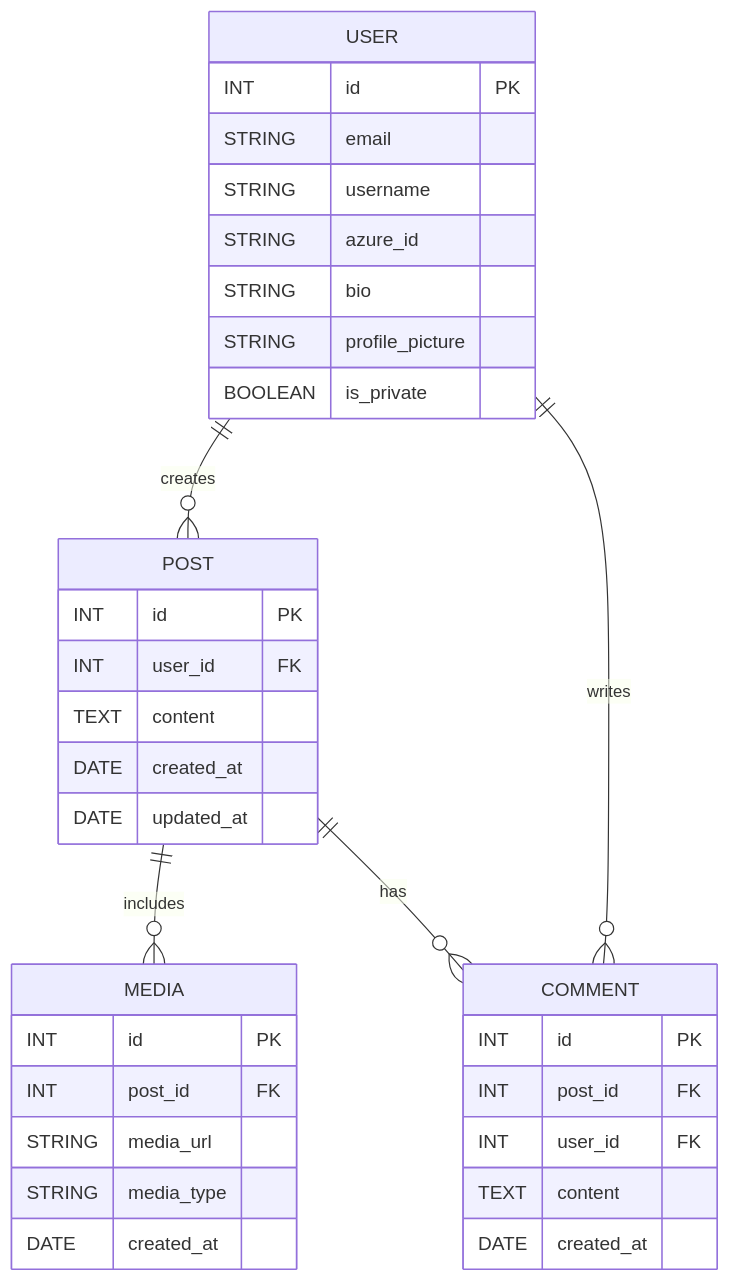
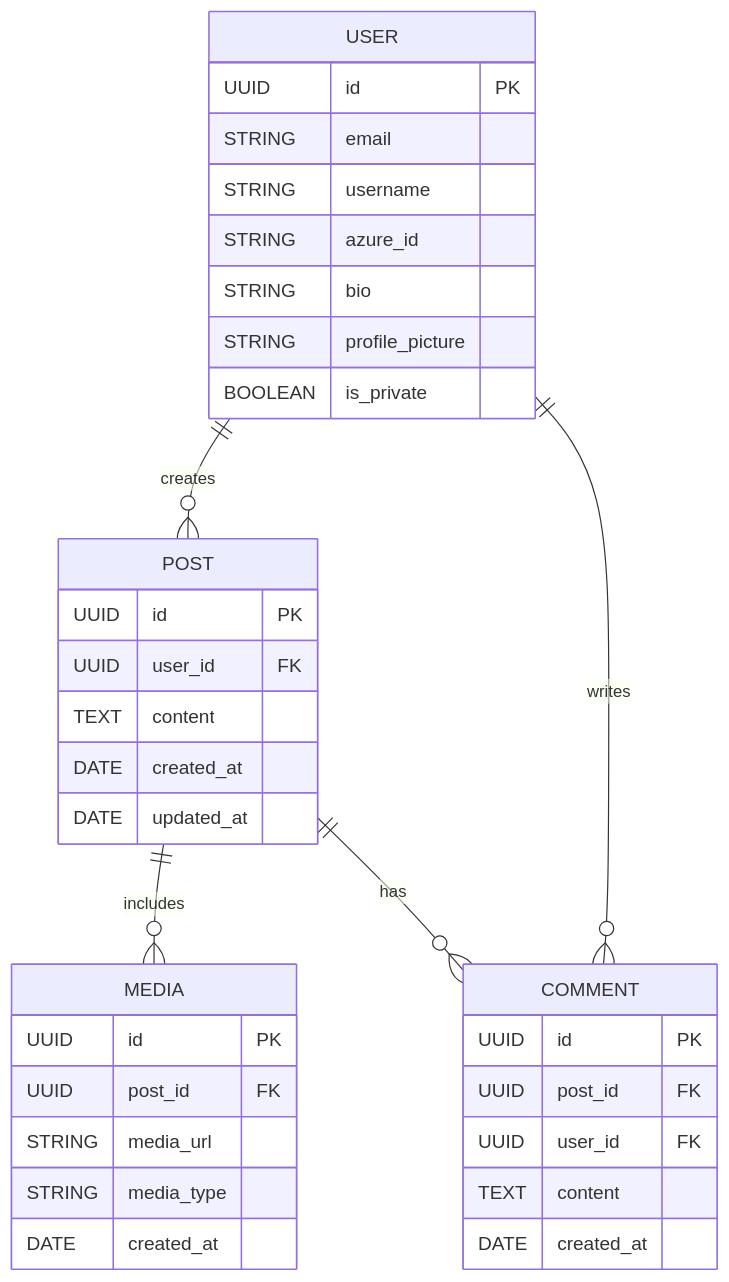
One commit to matheodrd/linkup changed the diagram in docs/database.md. Above: the diagram before and after it, drawn with Mermaid.

Commit message:
udpate db diagram: change ID type to UUID

````diff
--- a/docs/database.md
+++ b/docs/database.md
@@ -5,41 +5,41 @@
 ```mermaid
 erDiagram
     USER {
-        INT id PK
+        UUID id PK
         STRING email
         STRING username
         STRING azure_id
         STRING bio
         STRING profile_picture
         BOOLEAN is_private
     }
 
     POST {
-        INT id PK
-        INT user_id FK
+        UUID id PK
+        UUID user_id FK
         TEXT content
         DATE created_at
         DATE updated_at
     }
 
     MEDIA {
-        INT id PK
-        INT post_id FK
+        UUID id PK
+        UUID post_id FK
         STRING media_url
         STRING media_type
         DATE created_at
     }
 
     COMMENT {
-        INT id PK
-        INT post_id FK
-        INT user_id FK
+        UUID id PK
+        UUID post_id FK
+        UUID user_id FK
         TEXT content
         DATE created_at
     }
 
     USER ||--o{ POST : "creates"
     POST ||--o{ MEDIA : "includes"
     POST ||--o{ COMMENT : "has"
     USER ||--o{ COMMENT : "writes"
 ```
````
